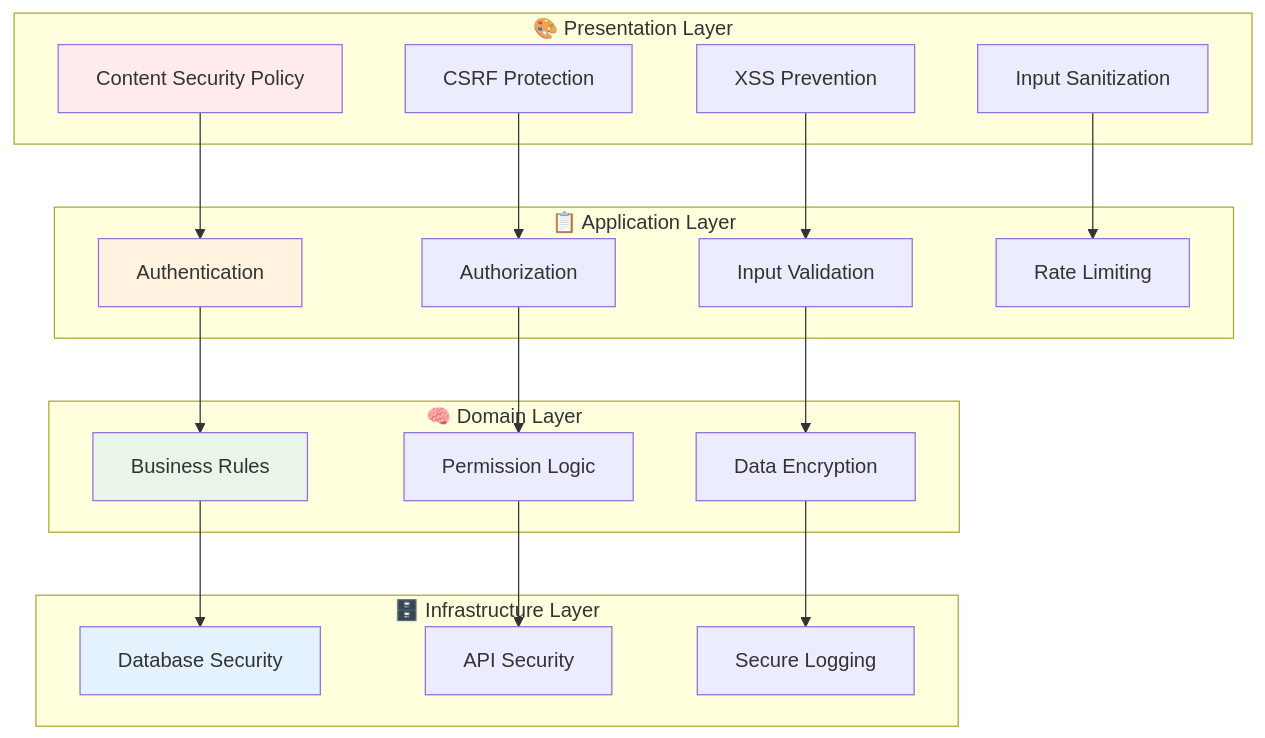
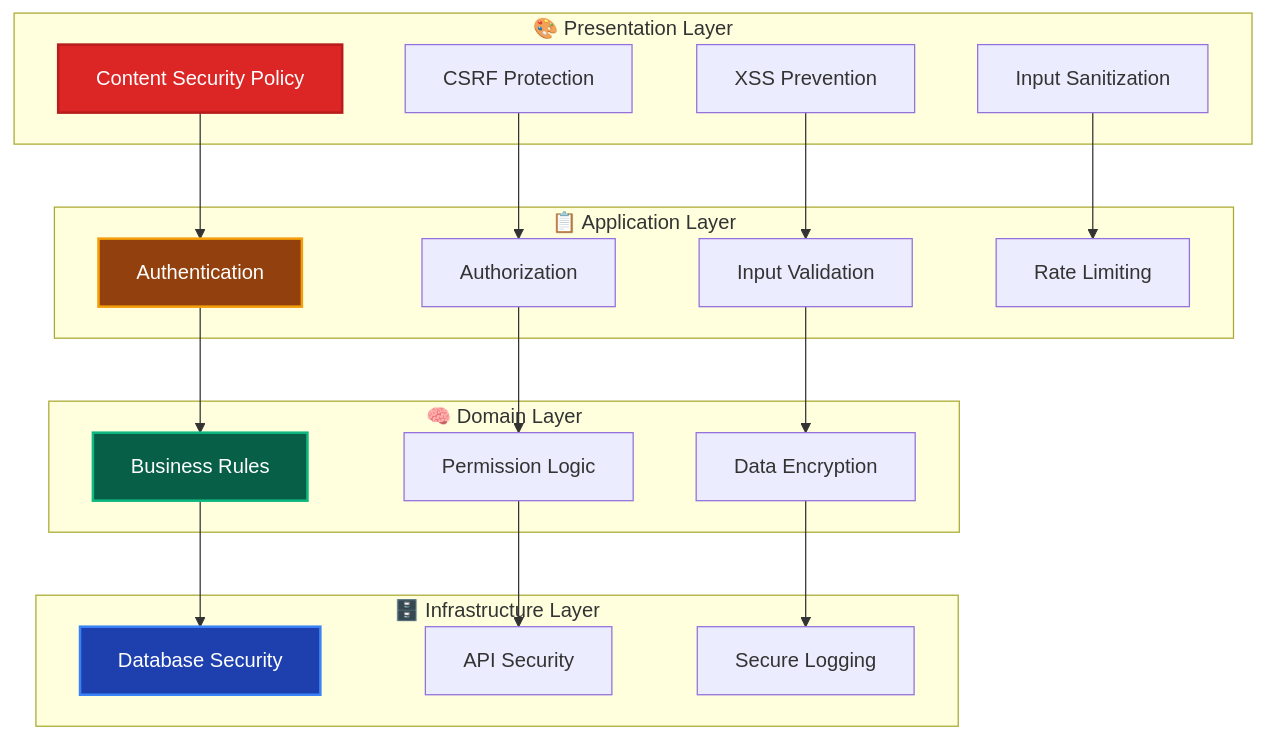
The diagram in _DOCS/guides/ddd/cross-cutting/security.md (derushio/d-next-ddd-example), drawn with Mermaid before and after one commit. The commit also changed 31 other files, not shown here.

Commit message:
🎨: DOCSのMermaid図表カラーテーマを暗色に統一し視認性を向上

````diff
--- a/_DOCS/guides/ddd/cross-cutting/security.md
+++ b/_DOCS/guides/ddd/cross-cutting/security.md
@@ -9,46 +9,46 @@
 ```mermaid
 graph TD
     subgraph "🎨 Presentation Layer"
         CSP[Content Security Policy]
         CSRF[CSRF Protection]
         XSS[XSS Prevention]
         INPUT[Input Sanitization]
     end
     
     subgraph "📋 Application Layer"
         AUTH[Authentication]
         AUTHZ[Authorization]
         VALID[Input Validation]
         RATE[Rate Limiting]
     end
     
     subgraph "🧠 Domain Layer"
         BIZ[Business Rules]
         PERM[Permission Logic]
         ENCRYPT[Data Encryption]
     end
     
     subgraph "🗄️ Infrastructure Layer"
         DB_SEC[Database Security]
         API_SEC[API Security]
         LOG_SEC[Secure Logging]
     end
     
     CSP --> AUTH
     CSRF --> AUTHZ
     XSS --> VALID
     INPUT --> RATE
     
     AUTH --> BIZ
     AUTHZ --> PERM
     VALID --> ENCRYPT
     
     BIZ --> DB_SEC
     PERM --> API_SEC
     ENCRYPT --> LOG_SEC
     
-    style CSP fill:#ffebee
-    style AUTH fill:#fff3e0
-    style BIZ fill:#e8f5e8
-    style DB_SEC fill:#e3f2fd
+    style CSP fill:#dc2626,stroke:#b91c1c,stroke-width:2px,color:#ffffff
+    style AUTH fill:#92400e,stroke:#f59e0b,stroke-width:2px,color:#ffffff
+    style BIZ fill:#065f46,stroke:#10b981,stroke-width:2px,color:#ffffff
+    style DB_SEC fill:#1e40af,stroke:#3b82f6,stroke-width:2px,color:#ffffff
 ```
````
